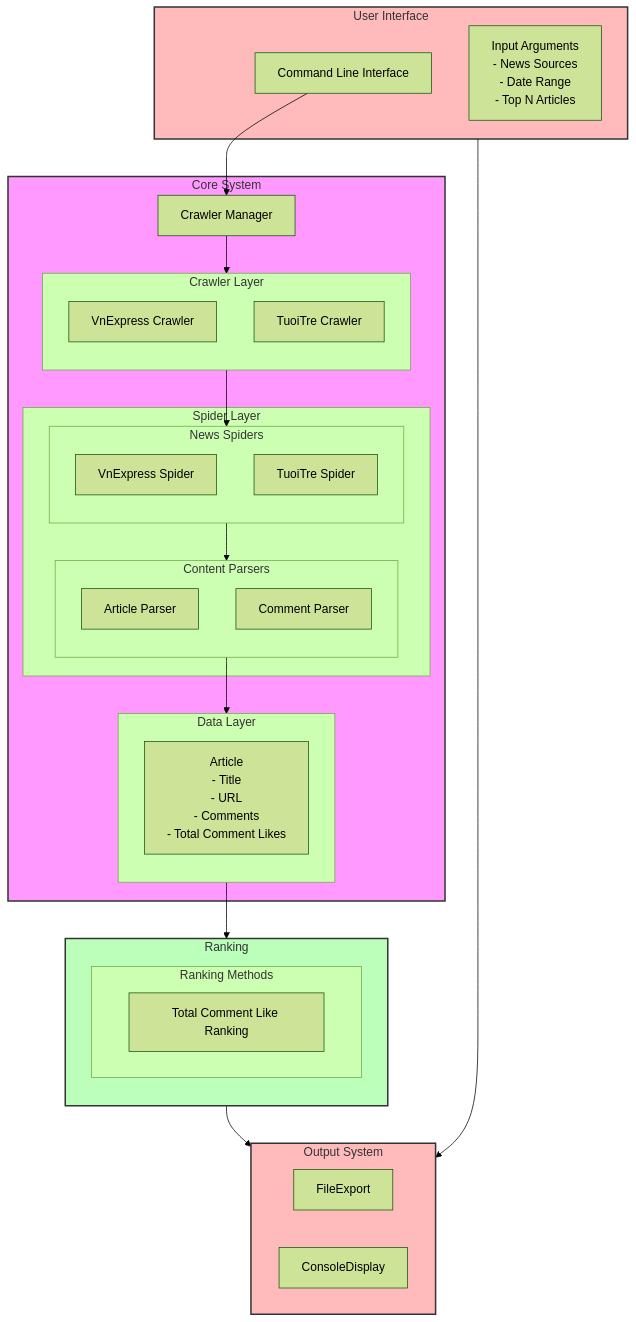
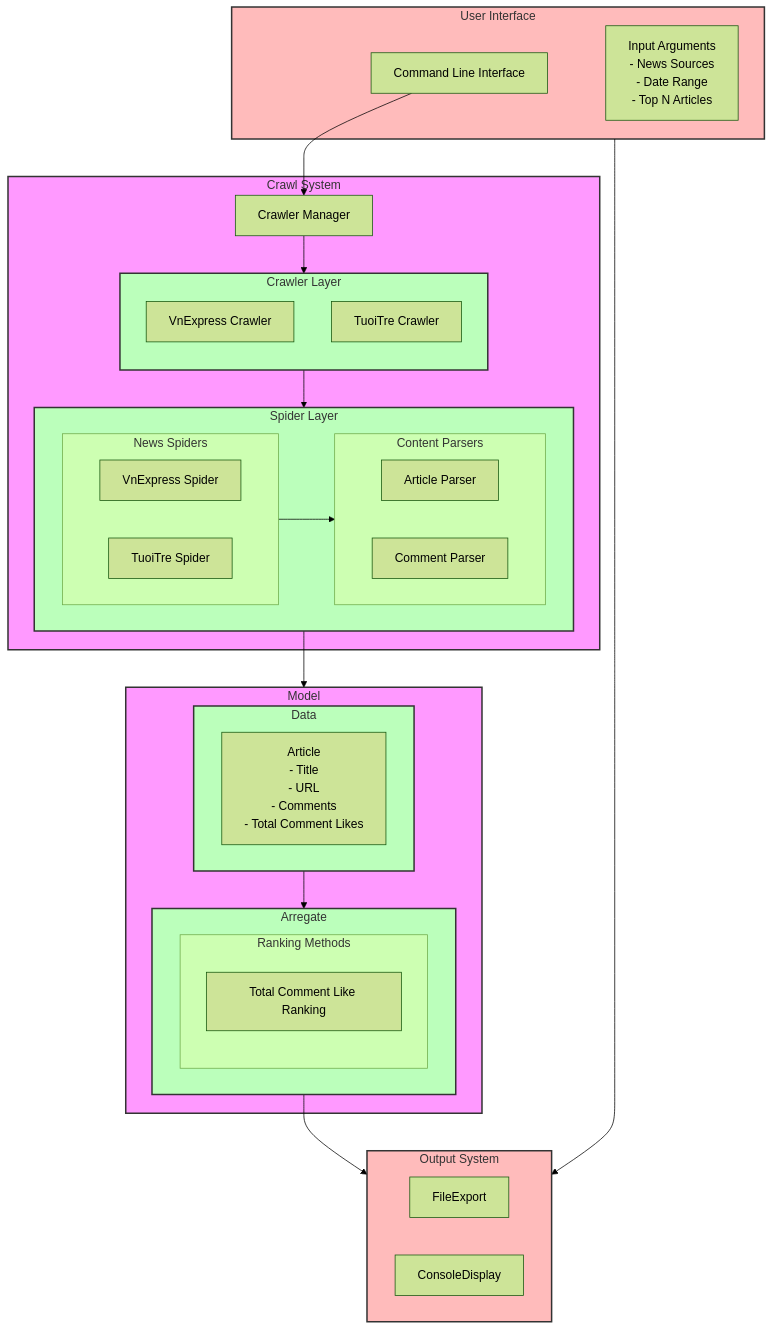
Before and after one commit to ethanol1310/hot-news-script: the diagram in README.md, drawn with Mermaid (forest theme).

Commit message:
chore: refactor diagram

````diff
--- a/README.md
+++ b/README.md
@@ -30,74 +30,76 @@
 ```mermaid
 flowchart TB
     subgraph UserInterface["User Interface"]
         CLI["Command Line Interface"]
         Config["Input Arguments
         - News Sources
         - Date Range
         - Top N Articles"]
     end
 
-    subgraph CoreSystem["Core System"]
+    subgraph CoreSystem["Crawl System"]
         Manager["Crawler Manager"]
         
         subgraph CrawlerLayer["Crawler Layer"]
-            direction TB
+            direction BT
             VECrawler["VnExpress Crawler"]
             TTCrawler["TuoiTre Crawler"]
         end
         
         subgraph SpiderLayer["Spider Layer"]
             subgraph NewsSpiders["News Spiders"]
-                direction TB
+                direction RL
                 VESpider["VnExpress Spider"]
                 TTSpider["TuoiTre Spider"]
             end 
             subgraph Parsers["Content Parsers"]
-                direction TB
+                direction RL
                 ArticleParser["Article Parser"]
                 CommentParser["Comment Parser"]
             end
-        end
-        
-        subgraph DataLayer["Data Layer"]
-            direction TB
-            Article["Article
-            - Title
-            - URL
-            - Comments
-            - Total Comment Likes"]
         end
     end
 
     subgraph OutputSystem["Output System"]
         FileExport
         ConsoleDisplay
     end
 
-    subgraph RankingEngine["Ranking"]
-        direction TB
-        subgraph Strategies["Ranking Methods"]
-            LikeRanking["Total Comment Like Ranking"]
+    subgraph Model["Model"]
+        subgraph RankingEngine["Arregate"]
+            direction RL
+            subgraph Strategies["Ranking Methods"]
+                LikeRanking["Total Comment Like Ranking"]
+            end
         end
-    end
+        subgraph DataLayer["Data"]
+                direction RL
+                Article["Article
+                - Title
+                - URL
+                - Comments
+                - Total Comment Likes"]
+        end
+    end 
 
     %% Flow connections
     CLI --> Manager
     Manager --> CrawlerLayer
-    CrawlerLayer --> NewsSpiders
+    CrawlerLayer --> SpiderLayer
     NewsSpiders --> Parsers
-    Parsers --> Article
-    Article --> RankingEngine
+    SpiderLayer --> Model
+    
+    DataLayer --> RankingEngine
+
     RankingEngine --> OutputSystem
-    
     UserInterface --> OutputSystem
 
     %% Styling
     classDef system fill:#f9f,stroke:#333,stroke-width:2px
     classDef component fill:#bfb,stroke:#333,stroke-width:2px
     classDef interface fill:#fbb,stroke:#333,stroke-width:2px
     
-    class CoreSystem system
-    class RankingEngine component
+    class CoreSystem,Model system
+    class RankingEngine,CrawlerLayer,SpiderLayer,DataLayer component
     class UserInterface,OutputSystem interface
 ```
````
